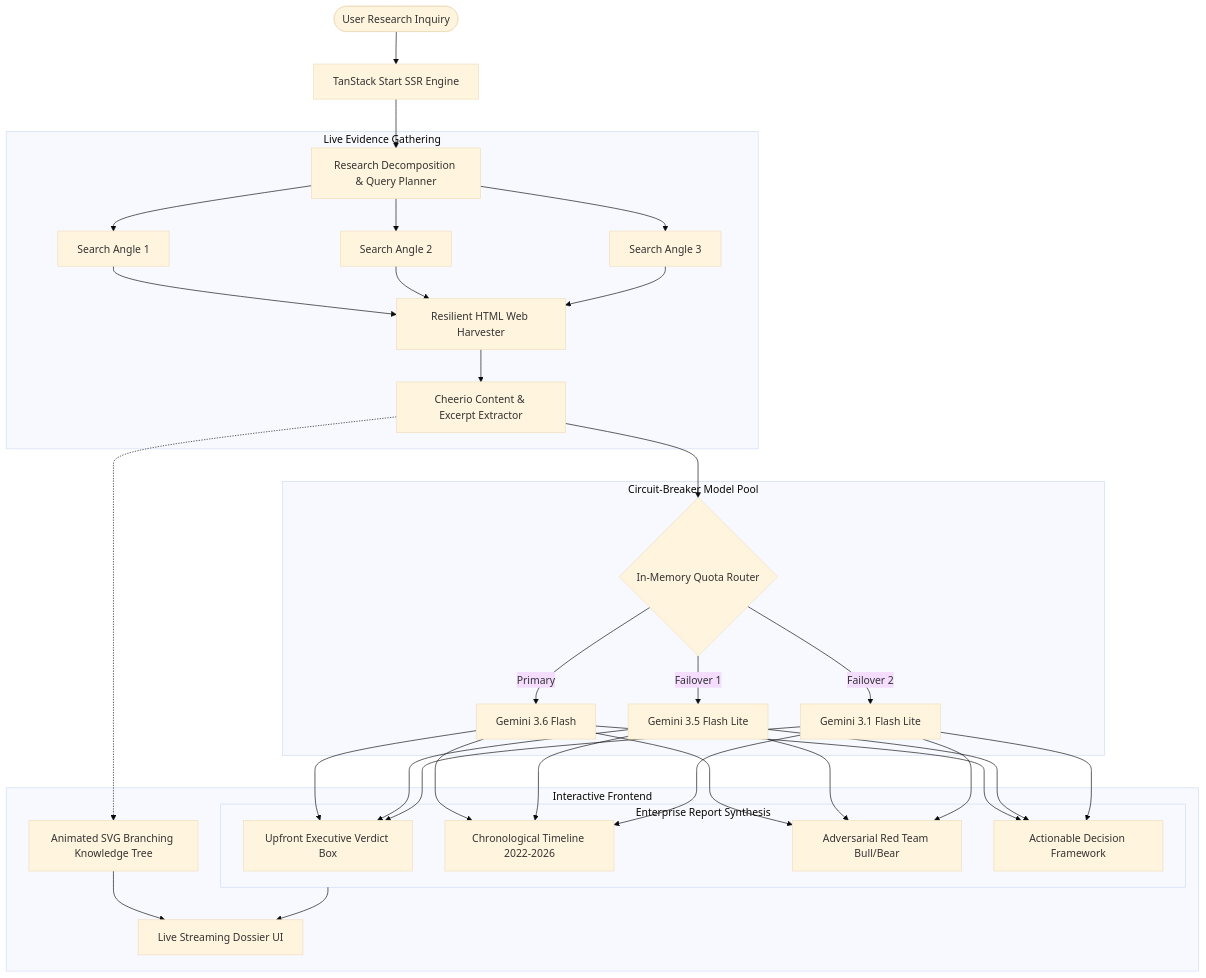
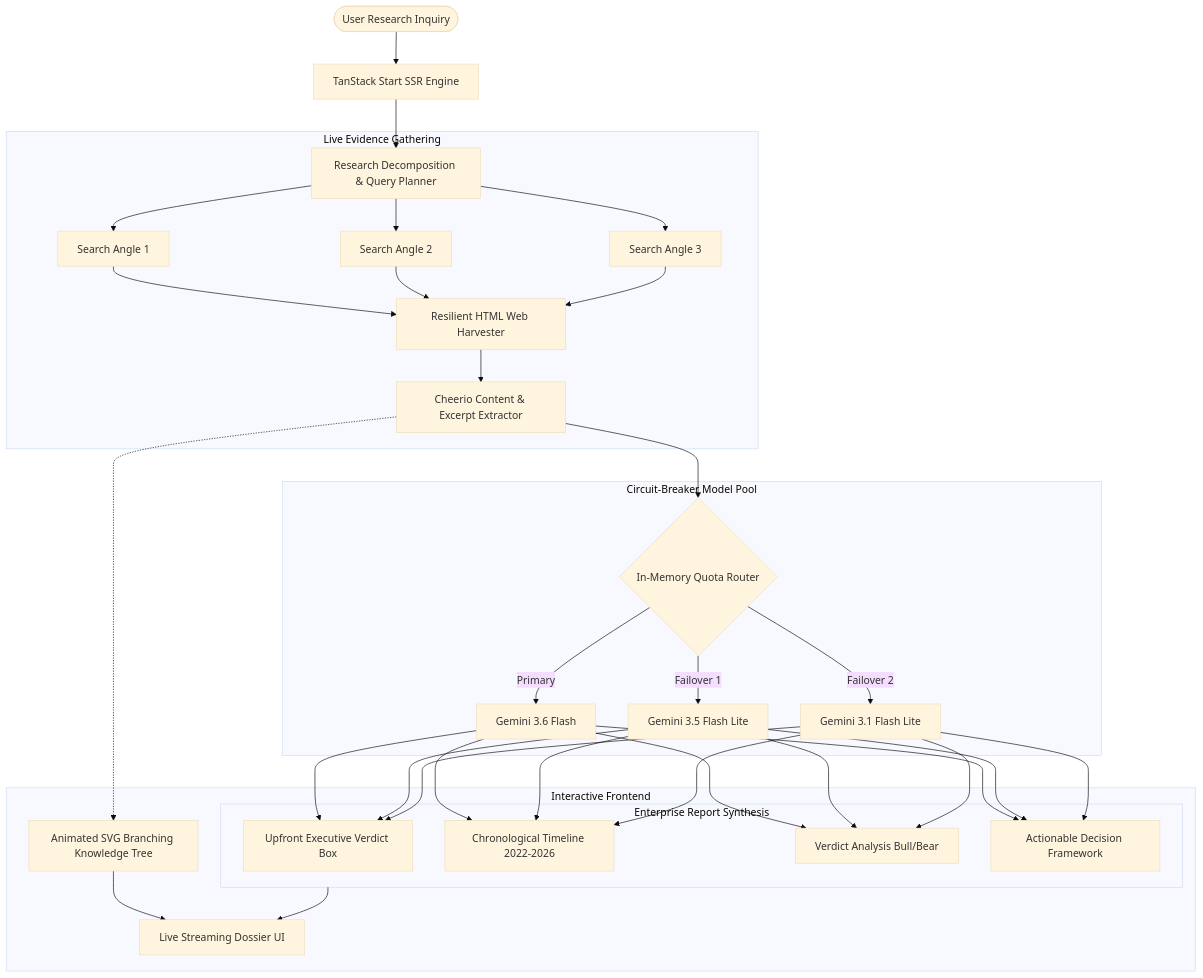
One commit to HP-Hari/Researchify-AI changed the diagram in README.md. Above: the diagram before and after it, drawn with Mermaid (base theme). The commit also changed other lines of this file and 7 other files, not shown here.

Commit message:
feat: add Dark/Light mode toggle and replace Red Team with direct Verdict Analysis

````diff
--- a/README.md
+++ b/README.md
@@ -49,33 +53,33 @@
 ```mermaid
 flowchart TD
     User([User Research Inquiry]) --> Router[TanStack Start SSR Engine]
     Router --> Planner[Research Decomposition & Query Planner]
     
     subgraph Harvester [Live Evidence Gathering]
         Planner --> S1[Search Angle 1]
         Planner --> S2[Search Angle 2]
         Planner --> S3[Search Angle 3]
         S1 & S2 & S3 --> WebScraper[Resilient HTML Web Harvester]
         WebScraper --> Extractor[Cheerio Content & Excerpt Extractor]
     end
 
     subgraph IntelligenceCore [Circuit-Breaker Model Pool]
         Extractor --> CircuitBreaker{In-Memory Quota Router}
         CircuitBreaker -->|Primary| M1[Gemini 3.6 Flash]
         CircuitBreaker -->|Failover 1| M2[Gemini 3.5 Flash Lite]
         CircuitBreaker -->|Failover 2| M3[Gemini 3.1 Flash Lite]
     end
 
     subgraph DossierSynthesis [Enterprise Report Synthesis]
         M1 & M2 & M3 --> ExecVerdict[Upfront Executive Verdict Box]
         M1 & M2 & M3 --> Timeline[Chronological Timeline 2022-2026]
-        M1 & M2 & M3 --> RedTeam[Adversarial Red Team Bull/Bear]
+        M1 & M2 & M3 --> VerdictAnalysis[Verdict Analysis Bull/Bear]
         M1 & M2 & M3 --> FinalDecision[Actionable Decision Framework]
     end
 
     subgraph ClientUI [Interactive Frontend]
         Extractor -.-> KnowledgeTree[Animated SVG Branching Knowledge Tree]
         DossierSynthesis --> StreamdownUI[Live Streaming Dossier UI]
         KnowledgeTree --> StreamdownUI
     end
 ```
````
